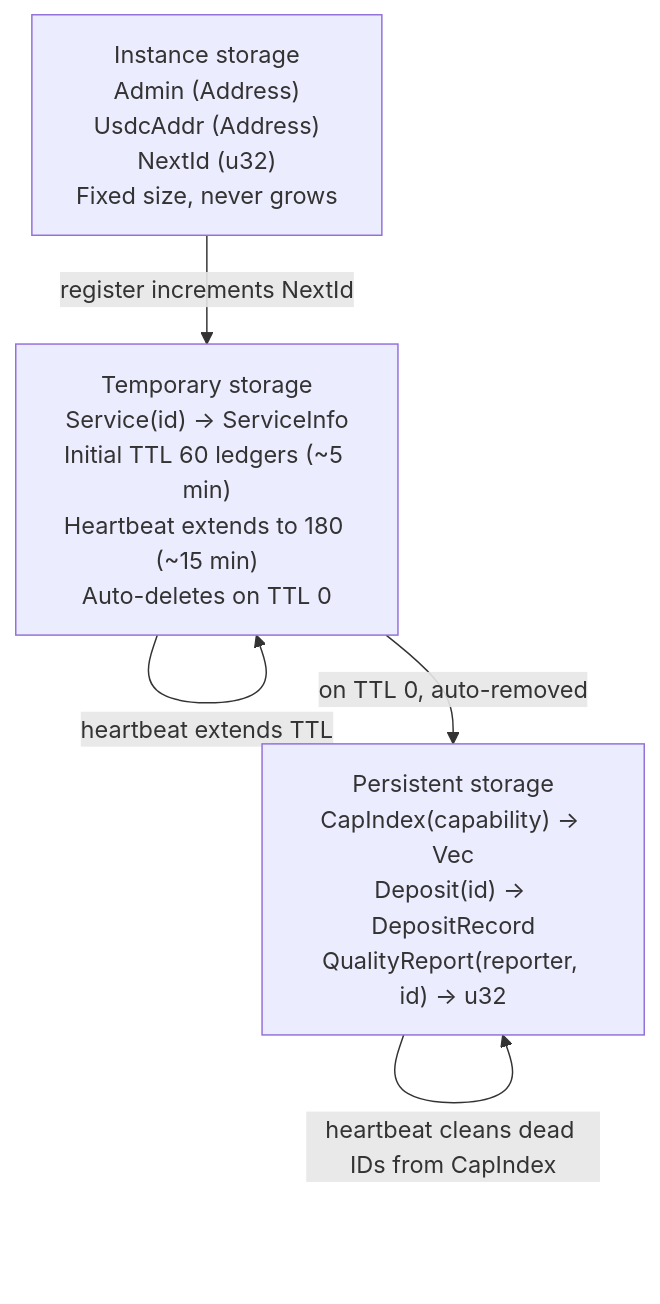
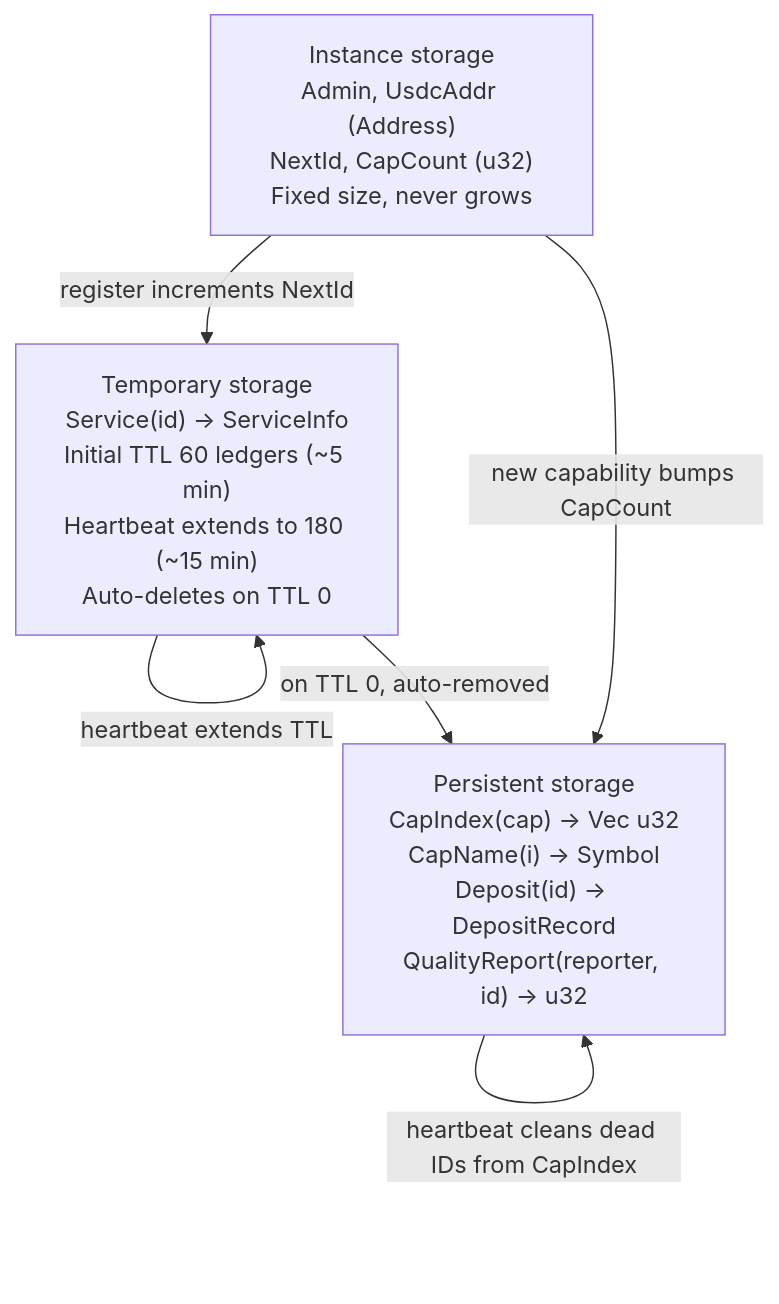
One commit to Andy00L/x402-autopilot changed the seventh of 9 diagrams in ARCHITECTURE.md. Above: the diagram before and after it, drawn with Mermaid. The commit also changed other lines of this file and 4 other files, not shown here.

````diff
--- a/ARCHITECTURE.md
+++ b/ARCHITECTURE.md
@@ -259,11 +278,12 @@
 ```mermaid
 flowchart TD
-    I["Instance storage<br/>Admin (Address)<br/>UsdcAddr (Address)<br/>NextId (u32)<br/>Fixed size, never grows"]
+    I["Instance storage<br/>Admin, UsdcAddr (Address)<br/>NextId, CapCount (u32)<br/>Fixed size, never grows"]
     T["Temporary storage<br/>Service(id) -> ServiceInfo<br/>Initial TTL 60 ledgers (~5 min)<br/>Heartbeat extends to 180 (~15 min)<br/>Auto-deletes on TTL 0"]
-    P["Persistent storage<br/>CapIndex(capability) -> Vec<u32><br/>Deposit(id) -> DepositRecord<br/>QualityReport(reporter, id) -> u32"]
+    P["Persistent storage<br/>CapIndex(cap) -> Vec u32<br/>CapName(i) -> Symbol<br/>Deposit(id) -> DepositRecord<br/>QualityReport(reporter, id) -> u32"]
 
     I -->|"register increments NextId"| T
+    I -->|"new capability bumps CapCount"| P
     T -->|"heartbeat extends TTL"| T
     T -->|"on TTL 0, auto-removed"| P
     P -->|"heartbeat cleans dead IDs from CapIndex"| P
 ```
````
